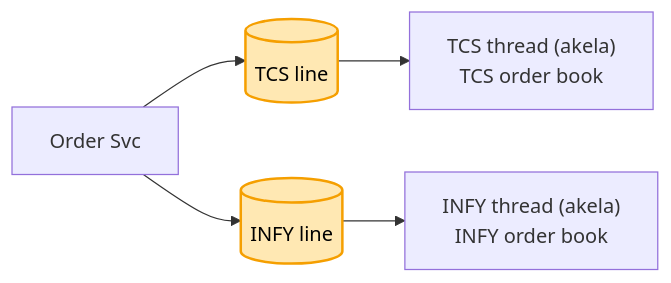
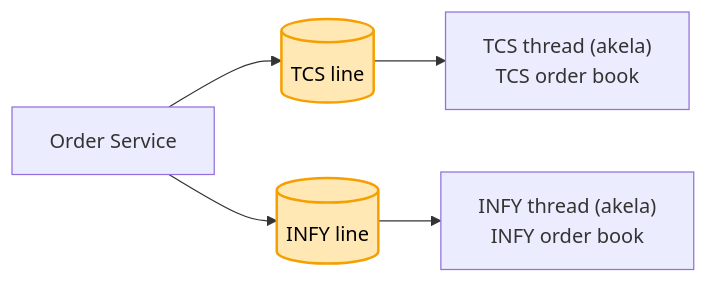
One commit to ArpanMaheshwari144/Prep changed the fourth of 8 diagrams in 04_HLD/SYSTEM_DESIGNS/05_stock_broker_trading/05_stock_broker_trading.md. Above: the diagram before and after it, drawn with Mermaid. The commit also changed other lines of this file and 8 other files, not shown here.

````diff
--- a/04_HLD/SYSTEM_DESIGNS/05_stock_broker_trading/05_stock_broker_trading.md
+++ b/04_HLD/SYSTEM_DESIGNS/05_stock_broker_trading/05_stock_broker_trading.md
@@ -151,9 +151,9 @@
 ```mermaid
 flowchart LR
-    O["Order Svc"] --> LT[("TCS line")]
+    O["Order Service"] --> LT[("TCS line")]
     O --> LI[("INFY line")]
     LT --> TT["TCS thread (akela)<br/>TCS order book"]
     LI --> TI["INFY thread (akela)<br/>INFY order book"]
     style LT fill:#ffe8b3,stroke:#f59f00,stroke-width:2px,color:#000
     style LI fill:#ffe8b3,stroke:#f59f00,stroke-width:2px,color:#000
 ```
````
